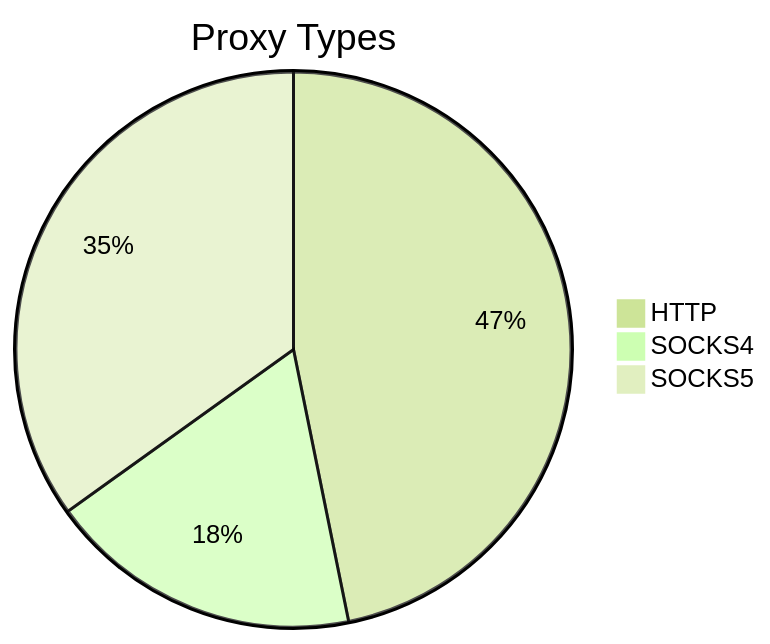
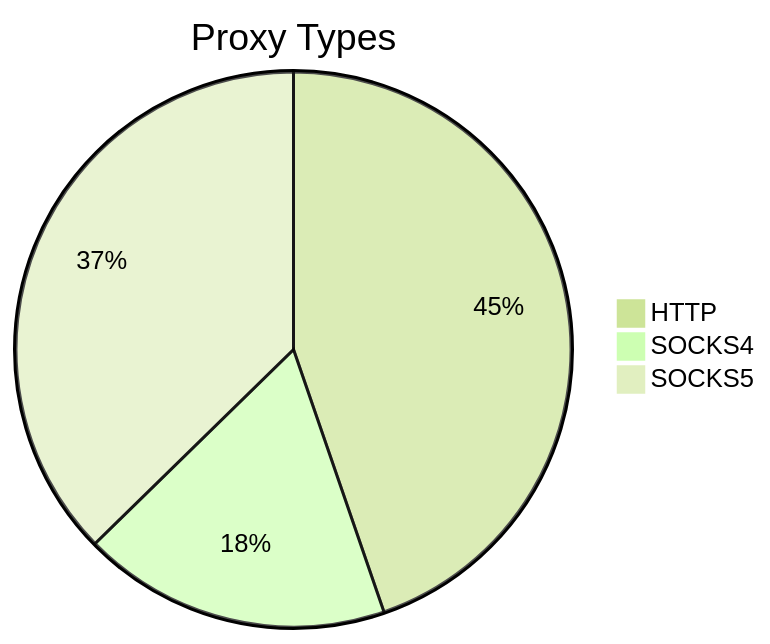
The first of 2 diagrams in README.md (stormsia/proxy-list), drawn with Mermaid (forest theme) before and after one commit. The commit also changed other lines of this file, not shown here.

````diff
--- a/README.md
+++ b/README.md
@@ -21,6 +21,6 @@
 ```mermaid
 pie title Proxy Types
-    "HTTP" : 169
-    "SOCKS4" : 66
-    "SOCKS5" : 126
+    "HTTP" : 127
+    "SOCKS4" : 51
+    "SOCKS5" : 106
 ```
````
